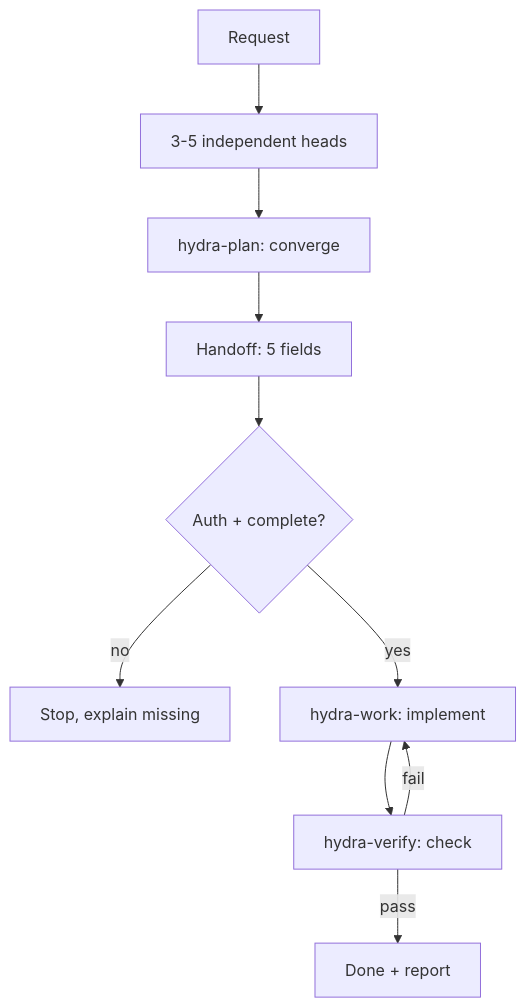
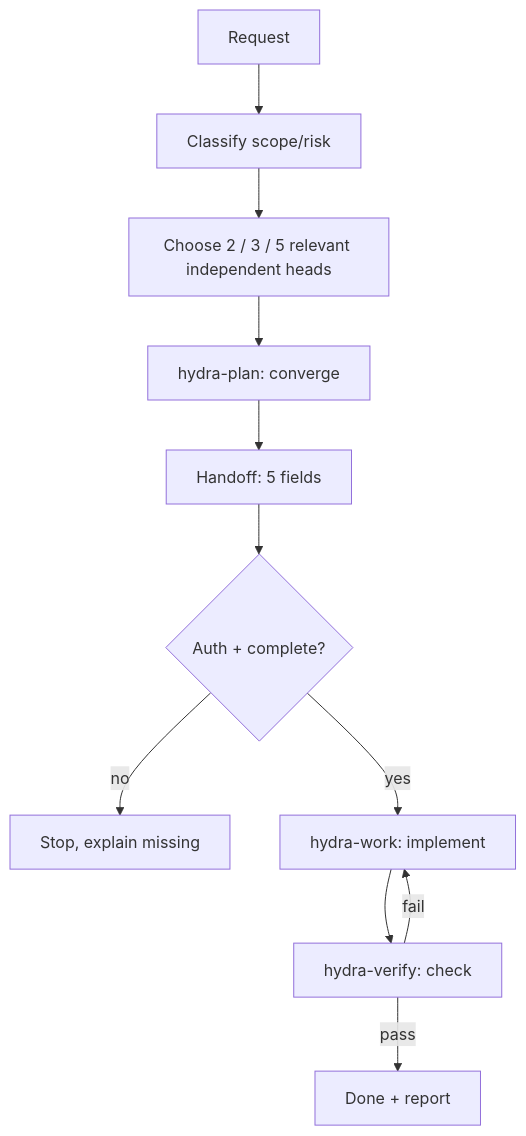
The first of 2 diagrams in README.md (Phatcharaphon-Hemnon/Hydra-Subagent-Skill), drawn with Mermaid before and after one commit. The commit also changed other lines of this file and 39 other files, not shown here.

````diff
--- a/README.md
+++ b/README.md
@@ -22,12 +22,13 @@
 ```mermaid
 flowchart TD
-  REQ[Request] --> HEADS[3-5 independent heads]
+  REQ[Request] --> CLASSIFY[Classify scope/risk]
+  CLASSIFY --> HEADS[Choose 2 / 3 / 5 relevant independent heads]
   HEADS --> PLAN[hydra-plan: converge]
   PLAN --> HANDOFF[Handoff: 5 fields]
   HANDOFF --> GATE{Auth + complete?}
   GATE -- no --> STOP[Stop, explain missing]
   GATE -- yes --> WORK[hydra-work: implement]
   WORK --> VERIFY[hydra-verify: check]
   VERIFY -- fail --> WORK
   VERIFY -- pass --> DONE[Done + report]
 ```
````
